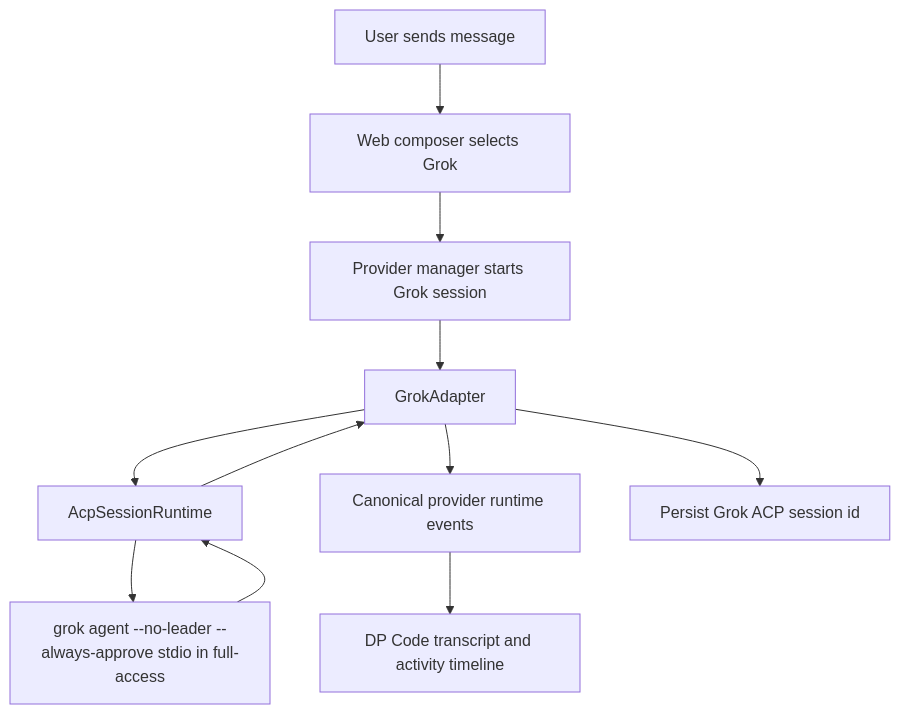
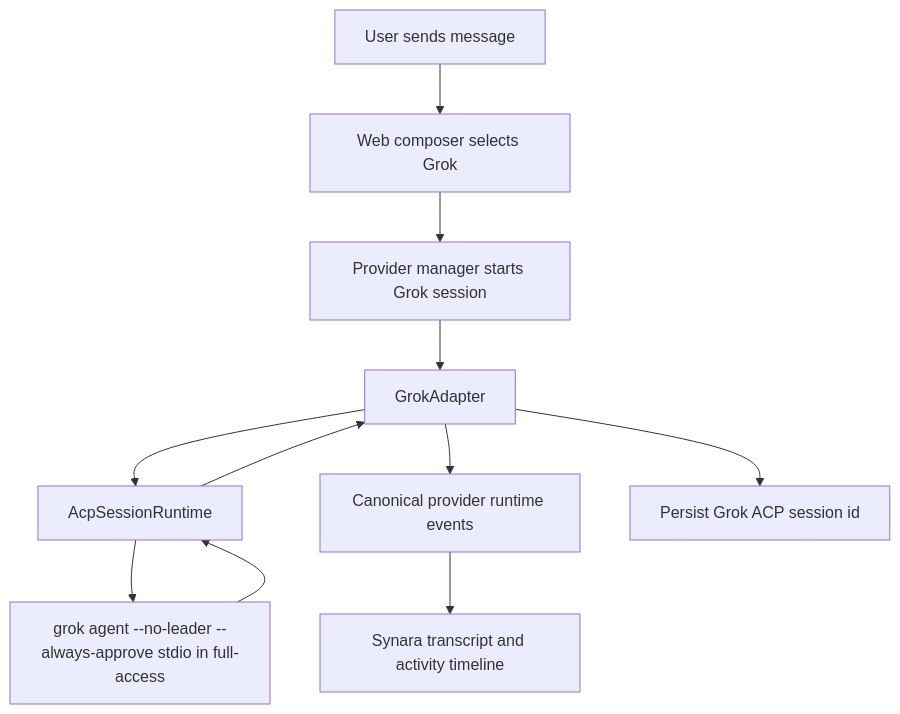
The diagram in docs/RECAP-grok-provider.md (penkrahq/penkra), drawn with Mermaid before and after one commit. The commit also changed other lines of this file and 803 other files, not shown here.

````diff
--- a/docs/RECAP-grok-provider.md
+++ b/docs/RECAP-grok-provider.md
@@ -29,13 +29,13 @@
 ```mermaid
 flowchart TD
   User[User sends message] --> Web[Web composer selects Grok]
   Web --> Server[Provider manager starts Grok session]
   Server --> Adapter[GrokAdapter]
   Adapter --> Runtime[AcpSessionRuntime]
   Runtime --> CLI[grok agent --no-leader --always-approve stdio in full-access]
   CLI --> Runtime
   Runtime --> Adapter
   Adapter --> Events[Canonical provider runtime events]
-  Events --> Transcript[DP Code transcript and activity timeline]
+  Events --> Transcript[Synara transcript and activity timeline]
   Adapter --> Resume[Persist Grok ACP session id]
 ```
````
